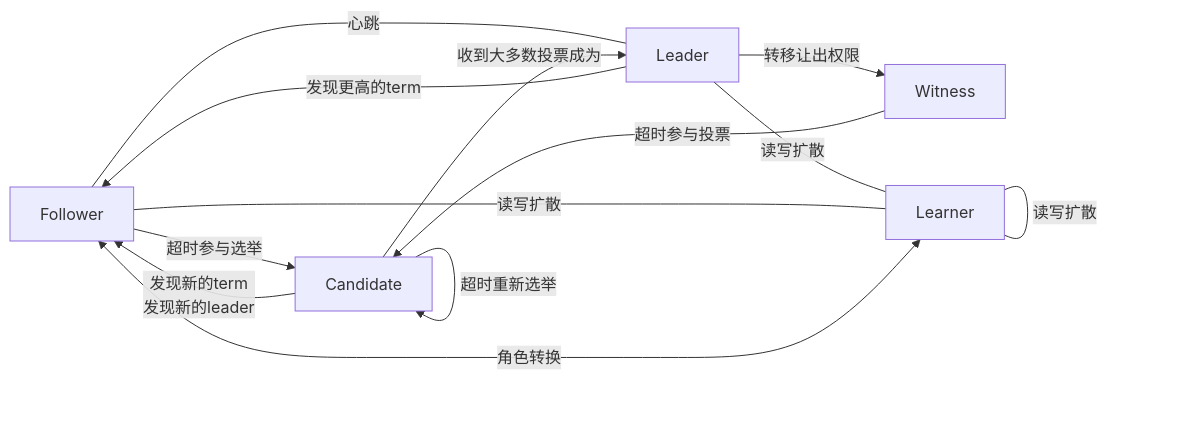
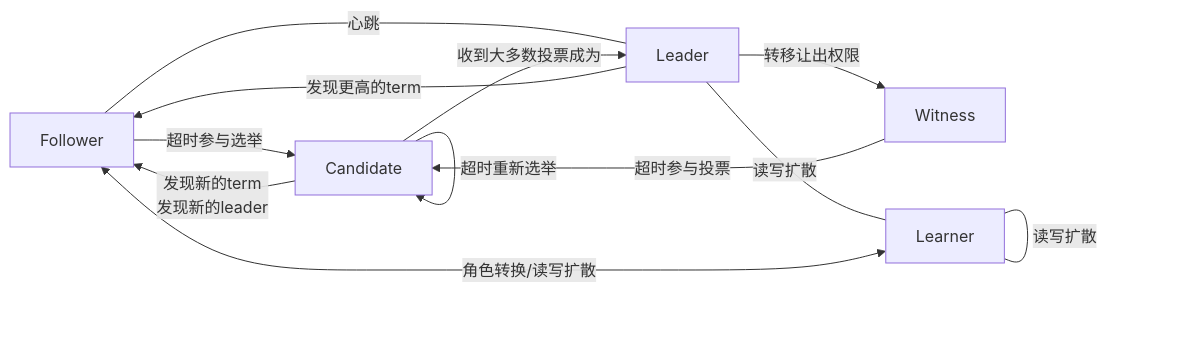
The diagram in _posts/mmd/raft-v1.mmd (wanghenshui/wanghenshui.github.io), drawn with Mermaid before and after one commit. The commit also changed 1 other file, not shown here.

```diff
--- a/_posts/mmd/raft-v1.mmd
+++ b/_posts/mmd/raft-v1.mmd
@@ -1,13 +1,12 @@
 flowchart LR
     Follower -->|超时参与选举| Candidate
     Witness -->|超时参与投票| Candidate
     Follower  --- |心跳|Leader
     Leader --> |转移让出权限|Witness
     Candidate --> |超时重新选举| Candidate
     Candidate --> |收到大多数投票成为|Leader
     Leader --> |发现更高的term|Follower
     Candidate --> |发现新的term<br>发现新的leader|Follower
     Leader --- |读写扩散|Learner
-    Follower --- |读写扩散|Learner
     Learner --- |读写扩散|Learner
-    Learner <--> |角色转换|Follower
+    Learner <--> |角色转换/读写扩散|Follower
```
